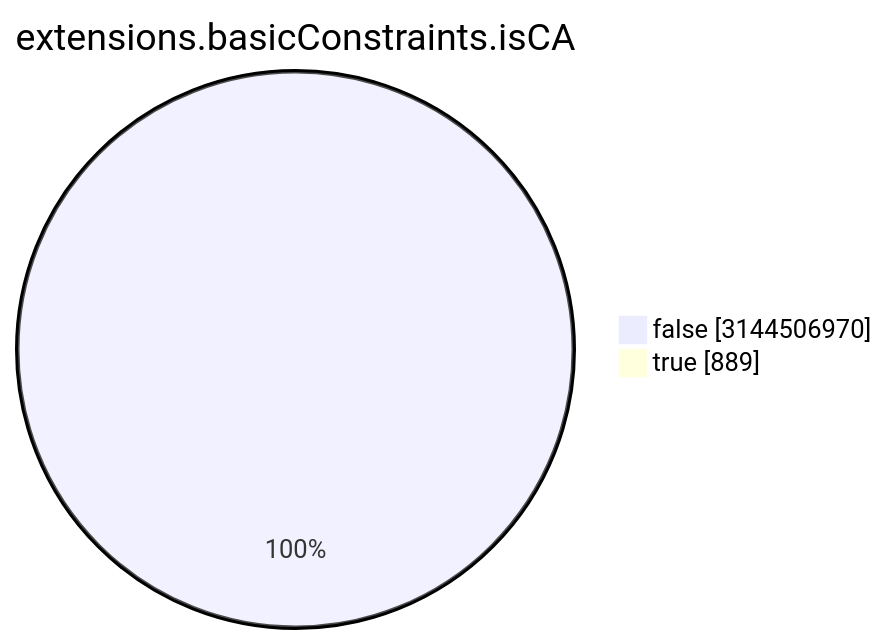
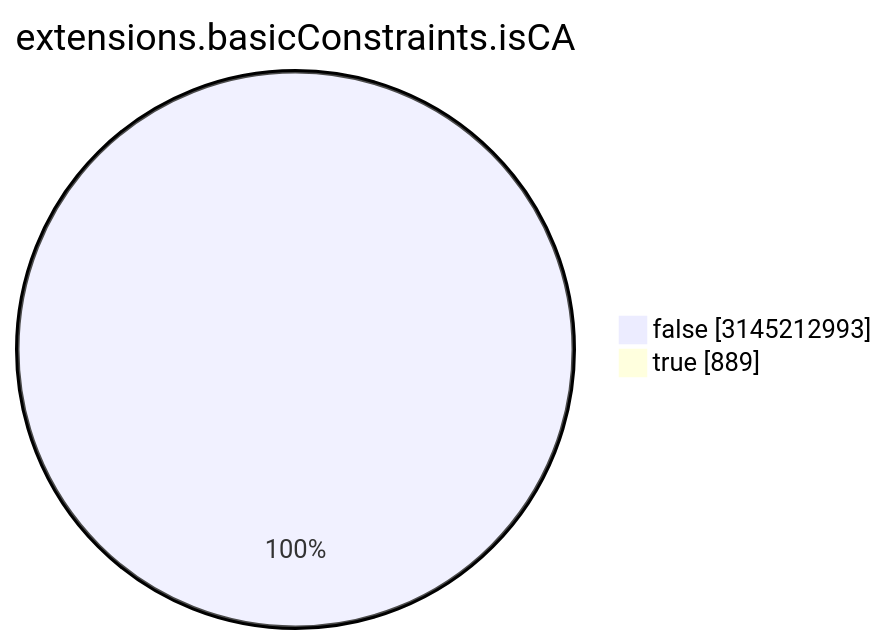
The seventh of 15 diagrams in TOTAL/README.md (christiankrug/ctmonitor_visualization), drawn with Mermaid before and after one commit. The commit also changed other lines of this file, not shown here.

````diff
--- a/TOTAL/README.md
+++ b/TOTAL/README.md
@@ -3088,6 +3088,6 @@
 ```mermaid
 pie showData
 title extensions.basicConstraints.isCA
-"false" :3144506970
+"false" :3145212993
 "true" :889
 ```
````
